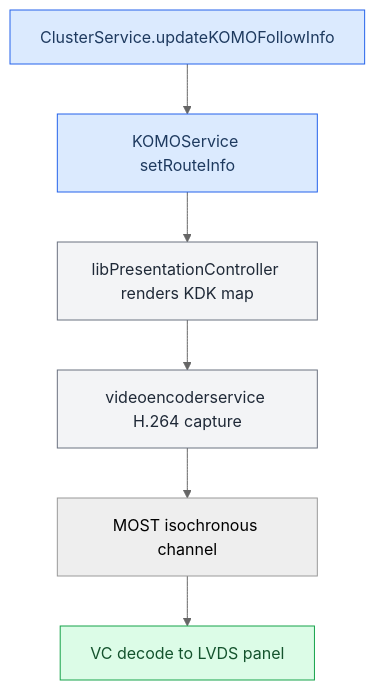
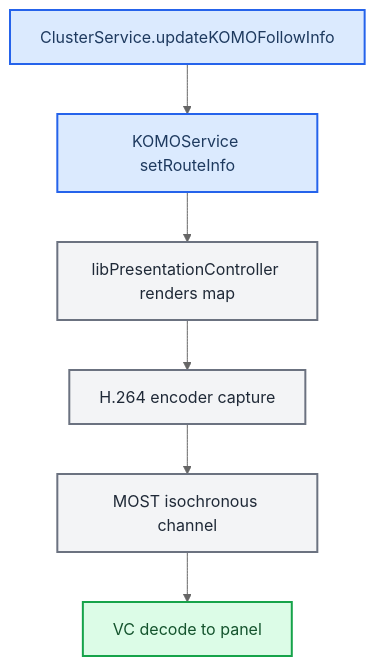
The first of 2 diagrams in docs-obsidian/Cluster and RGI/HUD Renderer.md (luka-dev/mib2q-carplay-rgi), drawn with Mermaid (neutral theme) before and after one commit. The commit also changed other lines of this file and 43 other files, not shown here.

````diff
--- a/docs-obsidian/Cluster and RGI/HUD Renderer.md
+++ b/docs-obsidian/Cluster and RGI/HUD Renderer.md
@@ -29,18 +39,18 @@
 ```mermaid
 flowchart TD
-  accTitle: KOMO LVDS map pipeline
-  accDescr: Java route info through the KOMO DSI services and native presentation controller, H.264 over MOST, to the VC LVDS map.
+  accTitle: Stock KOMO map pipeline
+  accDescr: Stock navigation route info through the KOMO DSI services and native presentation controller, H.264 over MOST, to the VC panel; CarPlay code does not feed it.
   ci["ClusterService.updateKOMOFollowInfo"]
   komo["KOMOService setRouteInfo"]
-  pc["libPresentationController renders KDK map"]
-  enc["videoencoderservice H.264 capture"]
+  pc["libPresentationController renders map"]
+  enc["H.264 encoder capture"]
   most["MOST isochronous channel"]
-  vc["VC decode to LVDS panel"]
+  vc["VC decode to panel"]
   ci --> komo --> pc --> enc --> most --> vc
+  classDef primary fill:#dbeafe,stroke:#2563eb,stroke-width:2px,color:#1e3a5f
+  classDef success fill:#dcfce7,stroke:#16a34a,stroke-width:2px,color:#14532d
+  classDef neutral fill:#f3f4f6,stroke:#6b7280,stroke-width:2px,color:#1f2937
   class ci,komo primary
-  class pc,enc neutral
+  class pc,enc,most neutral
   class vc success
-  classDef primary fill:#dbeafe,stroke:#2563eb,color:#1e3a5f
-  classDef success fill:#dcfce7,stroke:#16a34a,color:#14532d
-  classDef neutral fill:#f3f4f6,stroke:#6b7280,color:#1f2937
 ```
````
